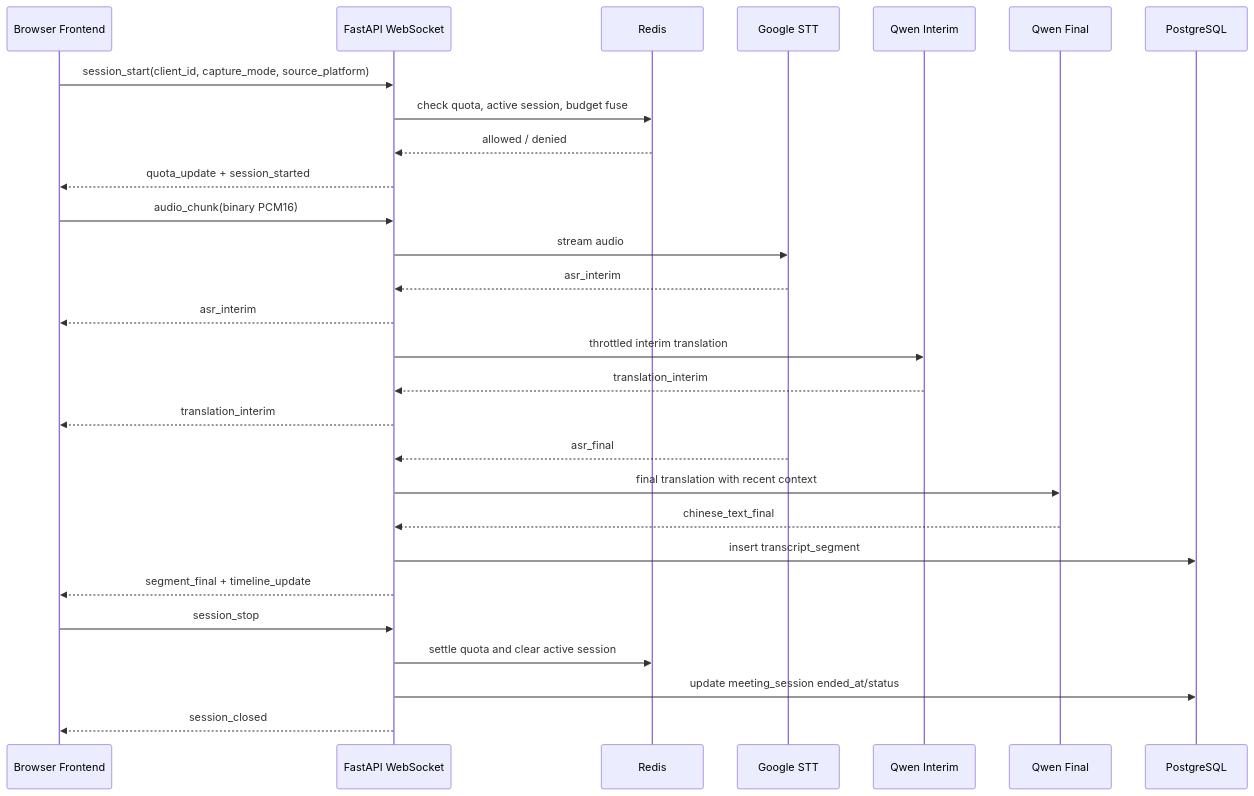
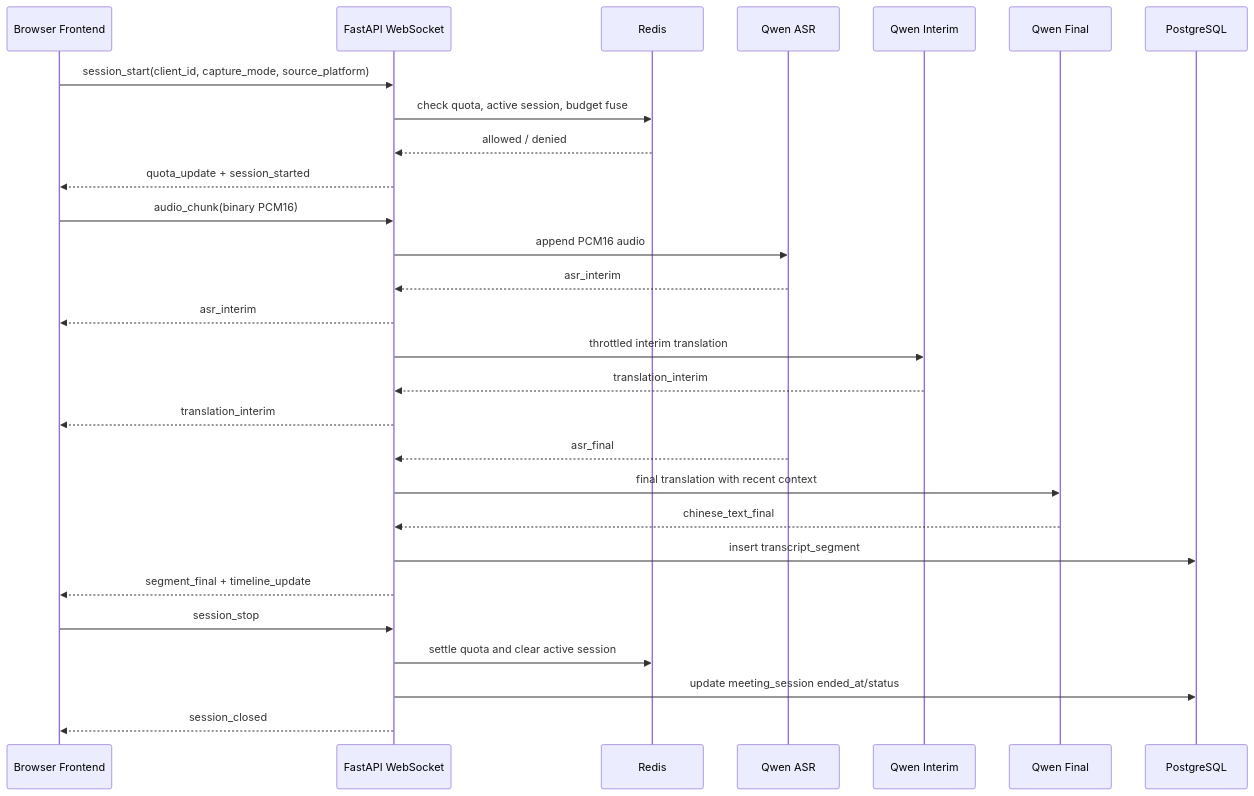
One commit to Zero-Zero001/meeting_mvp changed the third of 7 diagrams in meeting-prd.md. Above: the diagram before and after it, drawn with Mermaid. The commit also changed other lines of this file and 33 other files, not shown here.

````diff
--- a/meeting-prd.md
+++ b/meeting-prd.md
@@ -143,31 +143,31 @@
 ```mermaid
 sequenceDiagram
   participant FE as Browser Frontend
   participant API as FastAPI WebSocket
   participant Redis as Redis
-  participant STT as Google STT
+  participant STT as Qwen ASR
   participant Qwen as Qwen Interim
   participant QwenFinal as Qwen Final
   participant DB as PostgreSQL
 
   FE->>API: session_start(client_id, capture_mode, source_platform)
   API->>Redis: check quota, active session, budget fuse
   Redis-->>API: allowed / denied
   API-->>FE: quota_update + session_started
   FE->>API: audio_chunk(binary PCM16)
-  API->>STT: stream audio
+  API->>STT: append PCM16 audio
   STT-->>API: asr_interim
   API-->>FE: asr_interim
   API->>Qwen: throttled interim translation
   Qwen-->>API: translation_interim
   API-->>FE: translation_interim
   STT-->>API: asr_final
   API->>QwenFinal: final translation with recent context
   QwenFinal-->>API: chinese_text_final
   API->>DB: insert transcript_segment
   API-->>FE: segment_final + timeline_update
   FE->>API: session_stop
   API->>Redis: settle quota and clear active session
   API->>DB: update meeting_session ended_at/status
   API-->>FE: session_closed
 ```
````
